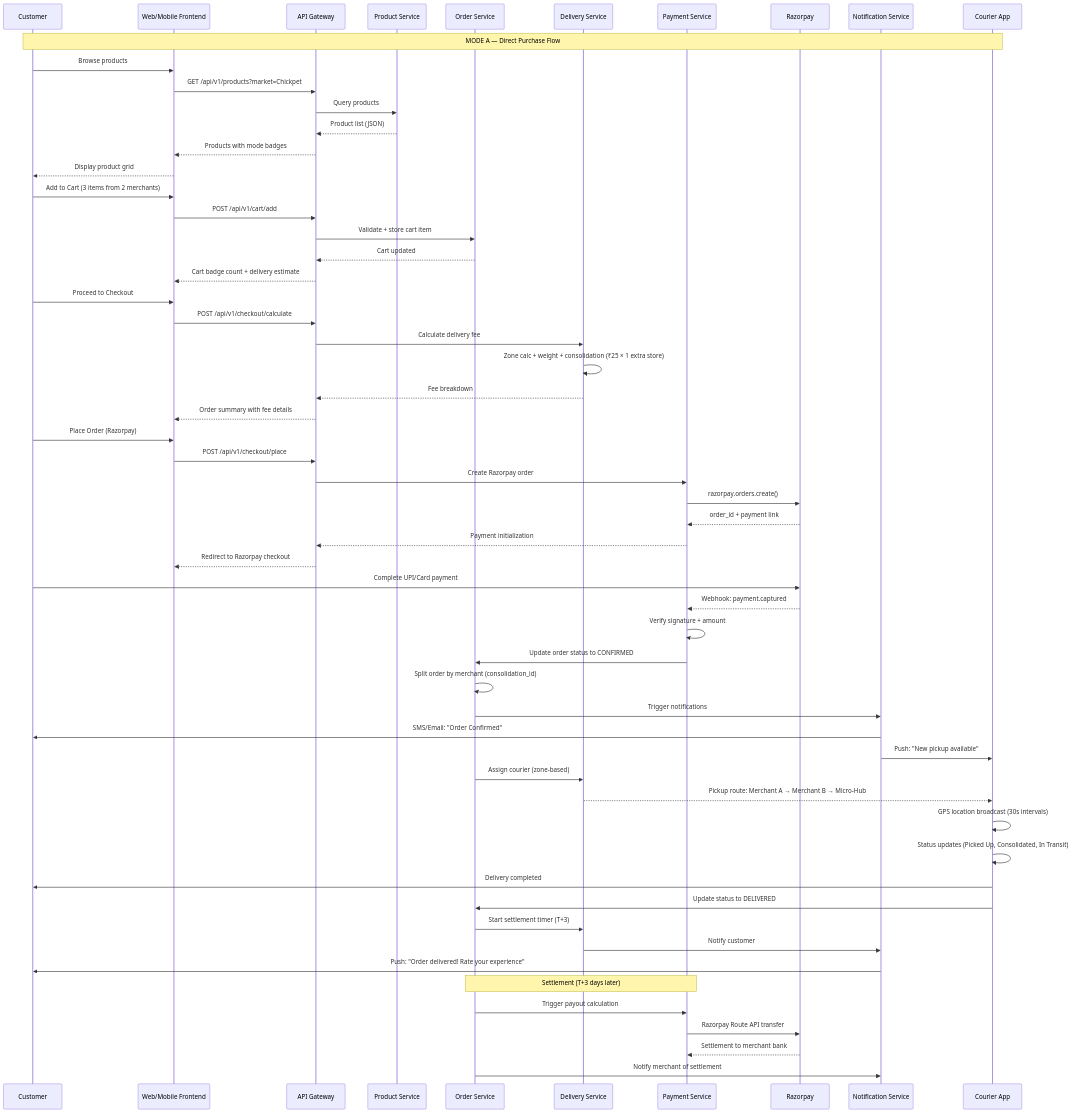
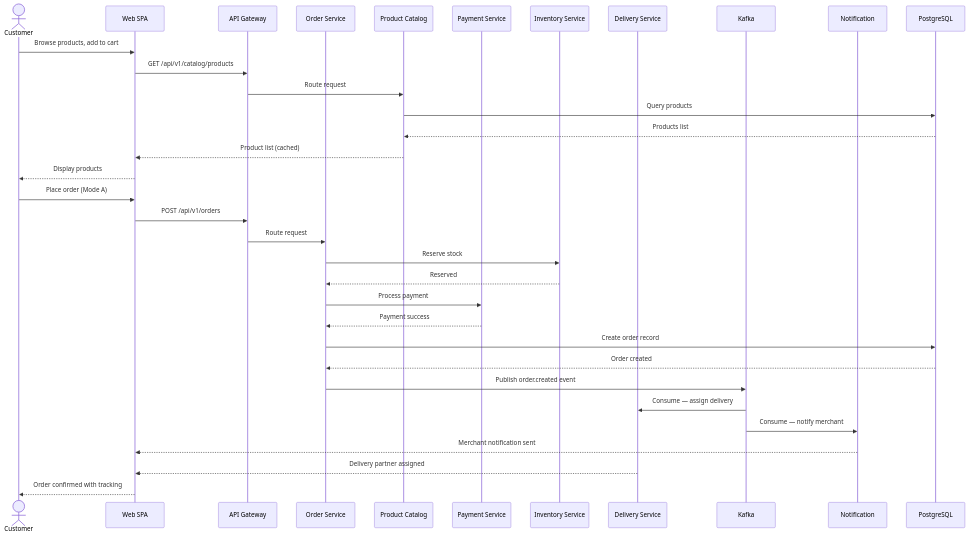
One commit to srinikc/petemart changed the fifth of 6 diagrams in agents/02_engineering_specs/03_architect_agent/DIAGRAMS.md. Above: the diagram before and after it, drawn with Mermaid. The commit also changed other lines of this file and 88 other files, not shown here.

````diff
--- a/agents/02_engineering_specs/03_architect_agent/DIAGRAMS.md
+++ b/agents/02_engineering_specs/03_architect_agent/DIAGRAMS.md
@@ -194,69 +222,45 @@
 ```mermaid
 sequenceDiagram
-    participant C as Customer
-    participant W as Web/Mobile Frontend
-    participant A as API Gateway
-    participant P as Product Service
-    participant O as Order Service
-    participant D as Delivery Service
-    participant PY as Payment Service
-    participant RZ as Razorpay
-    participant N as Notification Service
-    participant CR as Courier App
-
-    Note over C,CR: MODE A — Direct Purchase Flow
-
-    C->>W: Browse products
-    W->>A: GET /api/v1/products?market=Chickpet
-    A->>P: Query products
-    P-->>A: Product list (JSON)
-    A-->>W: Products with mode badges
-    W-->>C: Display product grid
-
-    C->>W: Add to Cart (3 items from 2 merchants)
-    W->>A: POST /api/v1/cart/add
-    A->>O: Validate + store cart item
-    O-->>A: Cart updated
-    A-->>W: Cart badge count + delivery estimate
-
-    C->>W: Proceed to Checkout
-    W->>A: POST /api/v1/checkout/calculate
-    A->>D: Calculate delivery fee
-    D->>D: Zone calc + weight + consolidation (₹25 × 1 extra store)
-    D-->>A: Fee breakdown
-    A-->>W: Order summary with fee details
-
-    C->>W: Place Order (Razorpay)
-    W->>A: POST /api/v1/checkout/place
-    A->>PY: Create Razorpay order
-    PY->>RZ: razorpay.orders.create()
-    RZ-->>PY: order_id + payment link
-    PY-->>A: Payment initialization
-    A-->>W: Redirect to Razorpay checkout
-
-    C->>RZ: Complete UPI/Card payment
-    RZ-->>PY: Webhook: payment.captured
-    PY->>PY: Verify signature + amount
-    PY->>O: Update order status to CONFIRMED
-    O->>O: Split order by merchant (consolidation_id)
-    O->>N: Trigger notifications
-    N->>C: SMS/Email: "Order Confirmed"
-    N->>CR: Push: "New pickup available"
-
-    O->>D: Assign courier (zone-based)
-    D-->>CR: Pickup route: Merchant A → Merchant B → Micro-Hub
-    CR->>CR: GPS location broadcast (30s intervals)
-    CR->>CR: Status updates (Picked Up, Consolidated, In Transit)
-
-    CR->>C: Delivery completed
-    CR->>O: Update status to DELIVERED
-    O->>D: Start settlement timer (T+3)
-    D->>N: Notify customer
-    N->>C: Push: "Order delivered! Rate your experience"
-
-    Note over O,PY: Settlement (T+3 days later)
-    O->>PY: Trigger payout calculation
-    PY->>RZ: Razorpay Route API transfer
-    RZ-->>PY: Settlement to merchant bank
-    O->>N: Notify merchant of settlement
+  actor Customer
+  participant Web as Web SPA
+  participant Kong as API Gateway
+  participant Order as Order Service
+  participant Product as Product Catalog
+  participant Payment as Payment Service
+  participant Inventory as Inventory Service
+  participant Delivery as Delivery Service
+  participant Kafka as Kafka
+  participant Notif as Notification
+  participant DB as PostgreSQL
+  
+  Customer->>Web: Browse products, add to cart
+  Web->>Kong: GET /api/v1/catalog/products
+  Kong->>Product: Route request
+  Product->>DB: Query products
+  DB-->>Product: Products list
+  Product-->>Web: Product list (cached)
+  Web-->>Customer: Display products
+  
+  Customer->>Web: Place order (Mode A)
+  Web->>Kong: POST /api/v1/orders
+  Kong->>Order: Route request
+  
+  Order->>Inventory: Reserve stock
+  Inventory-->>Order: Reserved
+  
+  Order->>Payment: Process payment
+  Payment-->>Order: Payment success
+  
+  Order->>DB: Create order record
+  DB-->>Order: Order created
+  
+  Order->>Kafka: Publish order.created event
+  
+  Kafka->>Delivery: Consume — assign delivery
+  Kafka->>Notif: Consume — notify merchant
+  
+  Notif-->>Web: Merchant notification sent
+  Delivery-->>Web: Delivery partner assigned
+  
+  Web-->>Customer: Order confirmed with tracking
 ```
````
